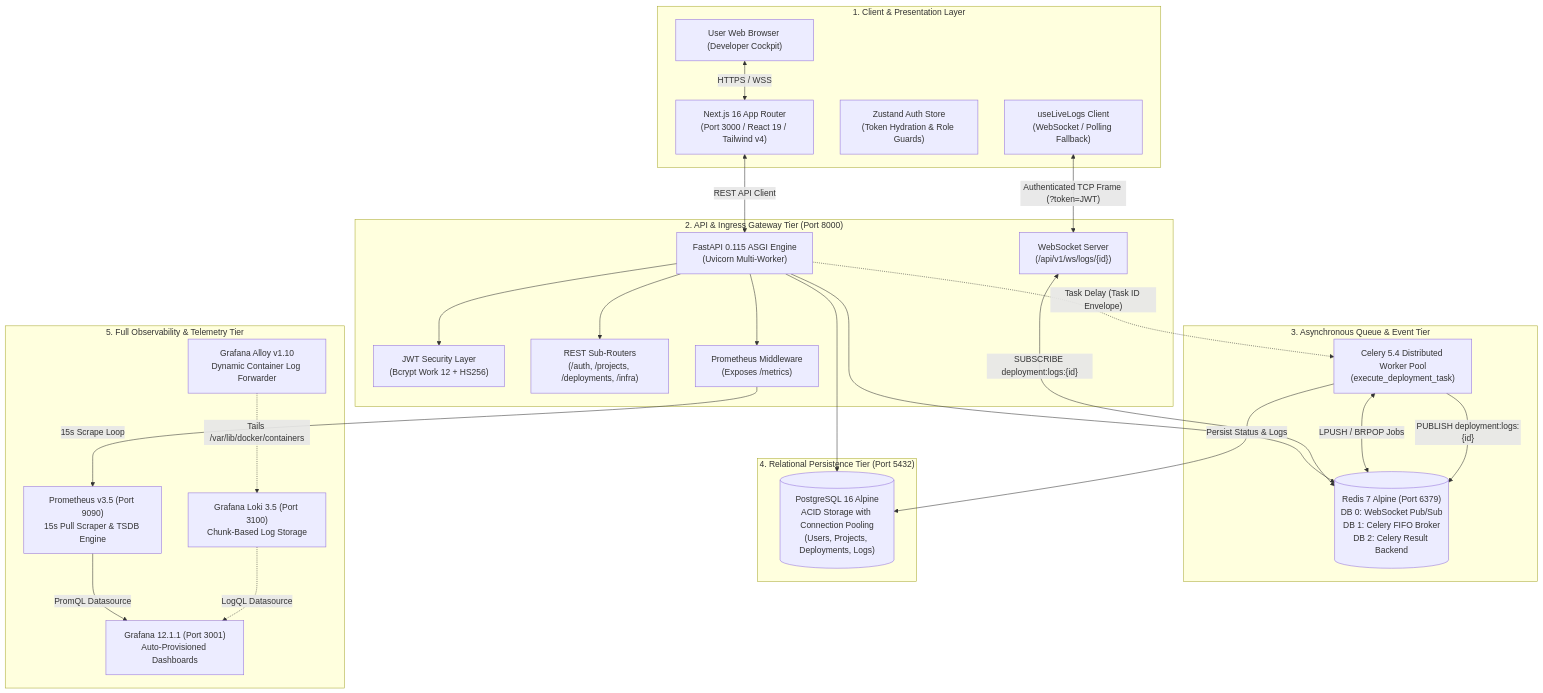
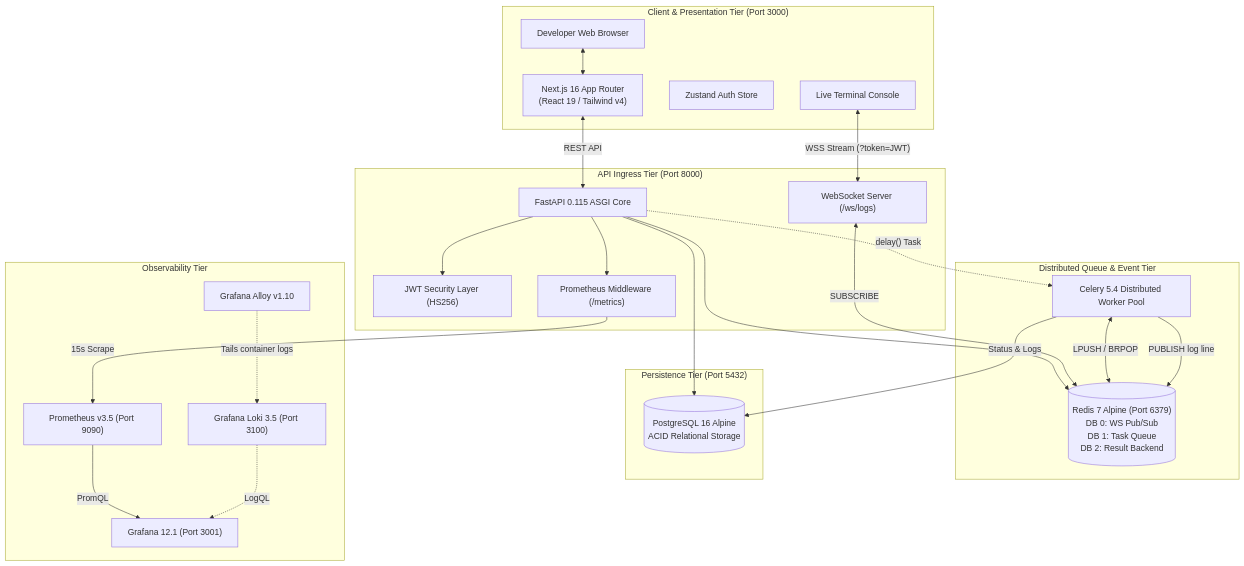
One commit to satviashwin369-creator/StackForge changed the first of 9 diagrams in docs/Architecture.md. Above: the diagram before and after it, drawn with Mermaid. The commit also changed other lines of this file and 10 other files, not shown here.

Commit message:
docs(arch): embed 9 standalone high-res visual SVG diagrams and remove duplicate sections

````diff
--- a/docs/Architecture.md
+++ b/docs/Architecture.md
@@ -21,54 +44,52 @@
 ```mermaid
 flowchart TD
-    subgraph ClientLayer ["1. Client & Presentation Layer"]
-        Browser["User Web Browser (Developer Cockpit)"]
-        NextApp["Next.js 16 App Router<br/>(Port 3000 / React 19 / Tailwind v4)"]
-        ZustandStore["Zustand Auth Store<br/>(Token Hydration & Role Guards)"]
-        WSClient["useLiveLogs Client<br/>(WebSocket / Polling Fallback)"]
+    subgraph Client ["Client & Presentation Tier (Port 3000)"]
+        Browser["Developer Web Browser"]
+        NextApp["Next.js 16 App Router<br/>(React 19 / Tailwind v4)"]
+        Zustand["Zustand Auth Store"]
+        LiveConsole["Live Terminal Console"]
     end
 
-    subgraph IngressTier ["2. API & Ingress Gateway Tier (Port 8000)"]
-        FastAPI["FastAPI 0.115 ASGI Engine<br/>(Uvicorn Multi-Worker)"]
-        JWTAuth["JWT Security Layer<br/>(Bcrypt Work 12 + HS256)"]
-        APIRouters["REST Sub-Routers<br/>(/auth, /projects, /deployments, /infra)"]
-        WSServer["WebSocket Server<br/>(/api/v1/ws/logs/{id})"]
-        PrometheusClient["Prometheus Middleware<br/>(Exposes /metrics)"]
+    subgraph Gateway ["API Ingress Tier (Port 8000)"]
+        FastAPI["FastAPI 0.115 ASGI Core"]
+        JWTAuth["JWT Security Layer (HS256)"]
+        WSServer["WebSocket Server (/ws/logs)"]
+        PrometheusMiddleware["Prometheus Middleware (/metrics)"]
     end
 
-    subgraph AsyncTier ["3. Asynchronous Queue & Event Tier"]
-        CeleryWorker["Celery 5.4 Distributed Worker Pool<br/>(execute_deployment_task)"]
-        RedisPubSub[("Redis 7 Alpine (Port 6379)<br/>DB 0: WebSocket Pub/Sub<br/>DB 1: Celery FIFO Broker<br/>DB 2: Celery Result Backend")]
+    subgraph AsyncTier ["Distributed Queue & Event Tier"]
+        Celery["Celery 5.4 Distributed Worker Pool"]
+        RedisQ[("Redis 7 Alpine (Port 6379)<br/>DB 0: WS Pub/Sub<br/>DB 1: Task Queue<br/>DB 2: Result Backend")]
     end
 
-    subgraph PersistenceTier ["4. Relational Persistence Tier (Port 5432)"]
-        Postgres[("PostgreSQL 16 Alpine<br/>ACID Storage with Connection Pooling<br/>(Users, Projects, Deployments, Logs)")]
+    subgraph DataTier ["Persistence Tier (Port 5432)"]
+        Postgres[("PostgreSQL 16 Alpine<br/>ACID Relational Storage")]
     end
 
-    subgraph ObservabilityTier ["5. Full Observability & Telemetry Tier"]
-        Prometheus["Prometheus v3.5 (Port 9090)<br/>15s Pull Scraper & TSDB Engine"]
-        Grafana["Grafana 12.1.1 (Port 3001)<br/>Auto-Provisioned Dashboards"]
-        Loki["Grafana Loki 3.5 (Port 3100)<br/>Chunk-Based Log Storage"]
-        Alloy["Grafana Alloy v1.10<br/>Dynamic Container Log Forwarder"]
+    subgraph Observability ["Observability Tier"]
+        Prometheus["Prometheus v3.5 (Port 9090)"]
+        Grafana["Grafana 12.1 (Port 3001)"]
+        Loki["Grafana Loki 3.5 (Port 3100)"]
+        Alloy["Grafana Alloy v1.10"]
     end
 
-    Browser <-->|"HTTPS / WSS"| NextApp
-    NextApp <-->|"REST API Client"| FastAPI
-    WSClient <-->|"Authenticated TCP Frame (?token=JWT)"| WSServer
+    Browser <--> NextApp
+    NextApp <-->|"REST API"| FastAPI
+    LiveConsole <-->|"WSS Stream (?token=JWT)"| WSServer
 
     FastAPI --> JWTAuth
-    FastAPI --> APIRouters
     FastAPI --> Postgres
-    FastAPI --> RedisPubSub
-    WSServer <-->|"SUBSCRIBE deployment:logs:{id}"| RedisPubSub
+    FastAPI --> RedisQ
+    WSServer <-->|"SUBSCRIBE"| RedisQ
 
-    FastAPI -.->|"Task Delay (Task ID Envelope)"| CeleryWorker
-    CeleryWorker <-->|"LPUSH / BRPOP Jobs"| RedisPubSub
-    CeleryWorker -->|"Persist Status & Logs"| Postgres
-    CeleryWorker -->|"PUBLISH deployment:logs:{id}"| RedisPubSub
+    FastAPI -.->|"delay() Task"| Celery
+    Celery <-->|"LPUSH / BRPOP"| RedisQ
+    Celery -->|"Status & Logs"| Postgres
+    Celery -->|"PUBLISH log line"| RedisQ
 
-    FastAPI --> PrometheusClient
-    PrometheusClient -->|"15s Scrape Loop"| Prometheus
-    Prometheus -->|"PromQL Datasource"| Grafana
-    Alloy -.->|"Tails /var/lib/docker/containers"| Loki
-    Loki -.->|"LogQL Datasource"| Grafana
+    FastAPI --> PrometheusMiddleware
+    PrometheusMiddleware -->|"15s Scrape"| Prometheus
+    Prometheus -->|"PromQL"| Grafana
+    Alloy -.->|"Tails container logs"| Loki
+    Loki -.->|"LogQL"| Grafana
 ```
````
